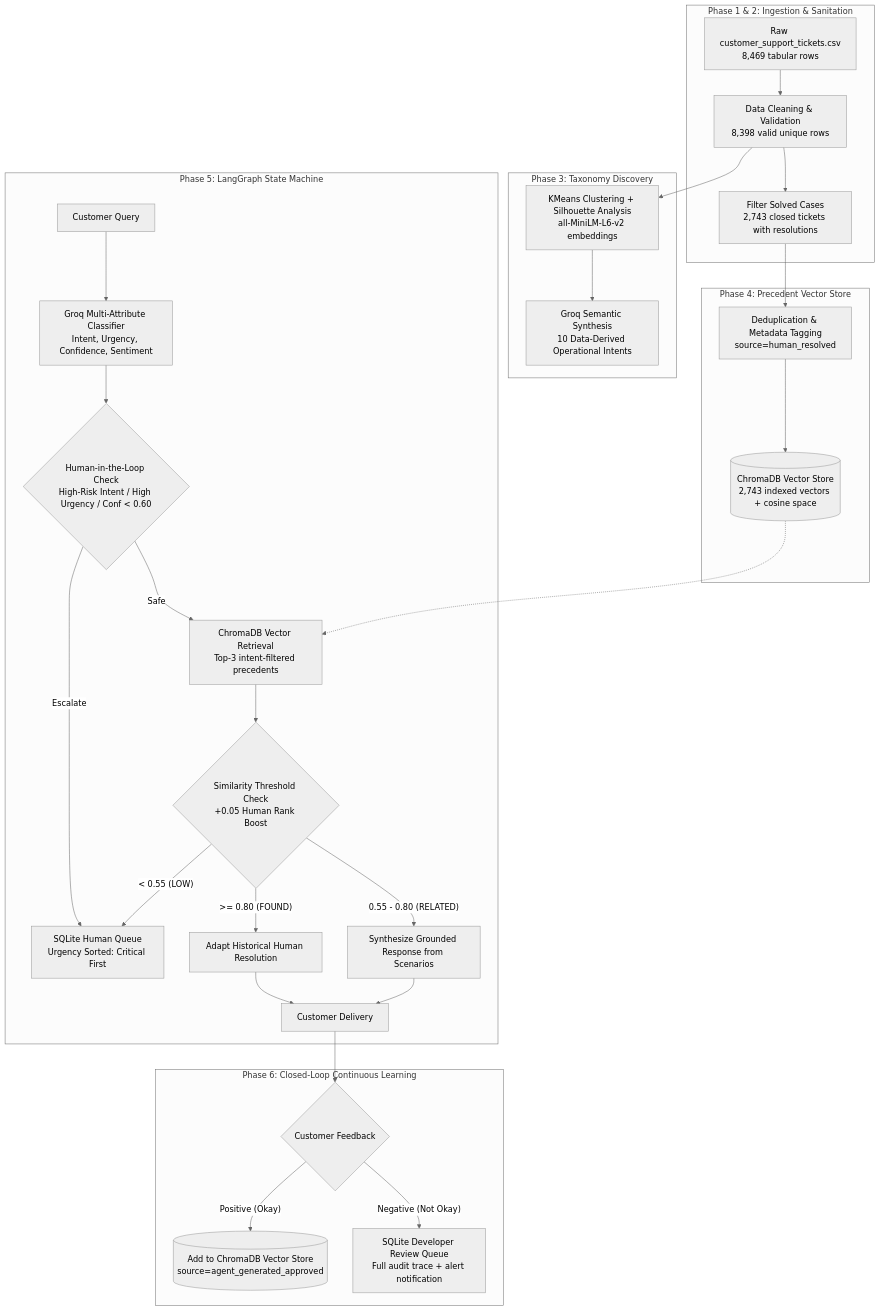
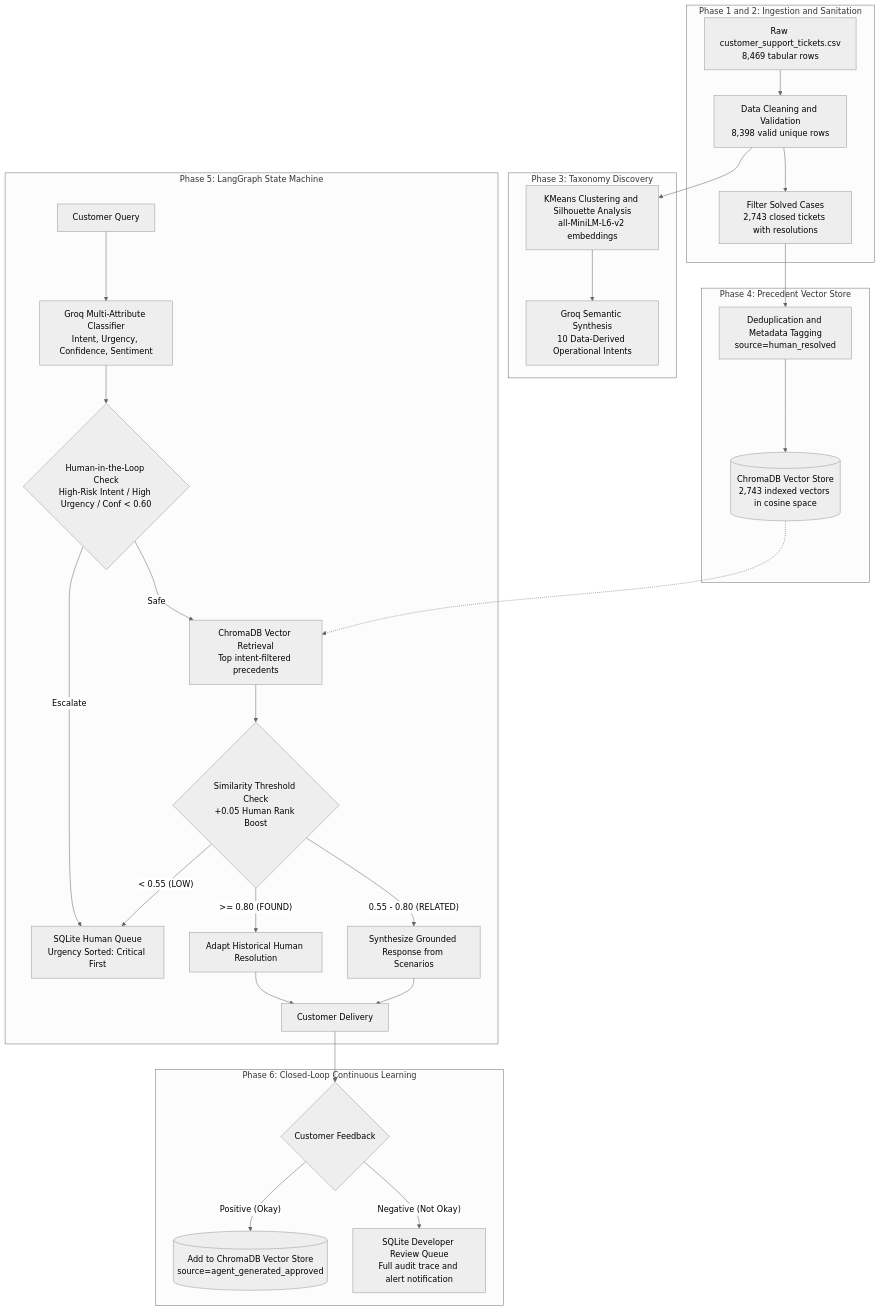
Before and after one commit to Amar-7778/Customer-Support-Agent: the diagram in README.md, drawn with Mermaid (neutral theme). The commit also changed other lines of this file, not shown here.

````diff
--- a/README.md
+++ b/README.md
@@ -150,38 +19,38 @@
 ```mermaid
 flowchart TD
-    subgraph INGESTION ["Phase 1 & 2: Ingestion & Sanitation"]
-        A["Raw customer_support_tickets.csv<br/>8,469 tabular rows"] --> B["Data Cleaning & Validation<br/>8,398 valid unique rows"]
+    subgraph INGESTION ["Phase 1 and 2: Ingestion and Sanitation"]
+        A["Raw customer_support_tickets.csv<br/>8,469 tabular rows"] --> B["Data Cleaning and Validation<br/>8,398 valid unique rows"]
         B --> C["Filter Solved Cases<br/>2,743 closed tickets with resolutions"]
     end
 
     subgraph TAXONOMY ["Phase 3: Taxonomy Discovery"]
-        B --> D["KMeans Clustering + Silhouette Analysis<br/>all-MiniLM-L6-v2 embeddings"]
+        B --> D["KMeans Clustering and Silhouette Analysis<br/>all-MiniLM-L6-v2 embeddings"]
         D --> E["Groq Semantic Synthesis<br/>10 Data-Derived Operational Intents"]
     end
 
     subgraph RETRIEVAL ["Phase 4: Precedent Vector Store"]
-        C --> F["Deduplication & Metadata Tagging<br/>source=human_resolved"]
-        F --> G[("ChromaDB Vector Store<br/>2,743 indexed vectors + cosine space")]
+        C --> F["Deduplication and Metadata Tagging<br/>source=human_resolved"]
+        F --> G[("ChromaDB Vector Store<br/>2,743 indexed vectors in cosine space")]
     end
 
     subgraph AGENT ["Phase 5: LangGraph State Machine"]
         H["Customer Query"] --> I["Groq Multi-Attribute Classifier<br/>Intent, Urgency, Confidence, Sentiment"]
         I --> J{"Human-in-the-Loop Check<br/>High-Risk Intent / High Urgency / Conf < 0.60"}
         J -- "Escalate" --> K["SQLite Human Queue<br/>Urgency Sorted: Critical First"]
-        J -- "Safe" --> L["ChromaDB Vector Retrieval<br/>Top-3 intent-filtered precedents"]
+        J -- "Safe" --> L["ChromaDB Vector Retrieval<br/>Top intent-filtered precedents"]
         L --> M{"Similarity Threshold Check<br/>+0.05 Human Rank Boost"}
         M -- ">= 0.80 (FOUND)" --> N["Adapt Historical Human Resolution"]
         M -- "0.55 - 0.80 (RELATED)" --> O["Synthesize Grounded Response from Scenarios"]
         M -- "< 0.55 (LOW)" --> K
         N --> P["Customer Delivery"]
         O --> P
     end
 
     subgraph FEEDBACK ["Phase 6: Closed-Loop Continuous Learning"]
         P --> Q{"Customer Feedback"}
         Q -- "Positive (Okay)" --> R[("Add to ChromaDB Vector Store<br/>source=agent_generated_approved")]
-        Q -- "Negative (Not Okay)" --> S["SQLite Developer Review Queue<br/>Full audit trace + alert notification"]
+        Q -- "Negative (Not Okay)" --> S["SQLite Developer Review Queue<br/>Full audit trace and alert notification"]
     end
 
     G -.-> L
 ```
````
